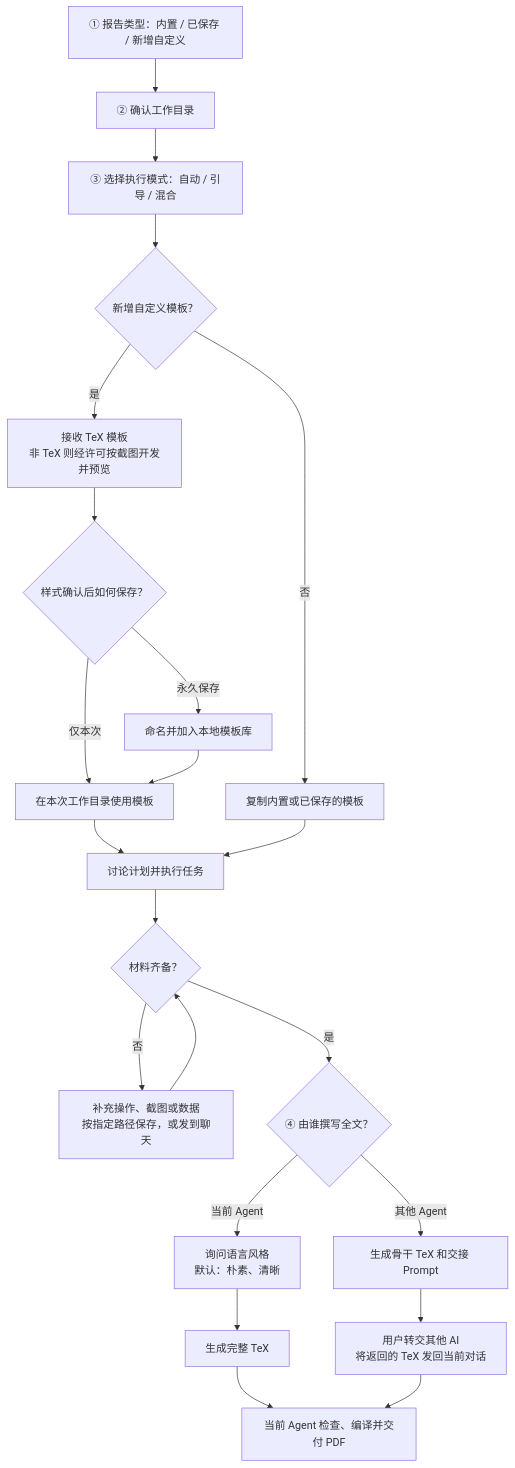
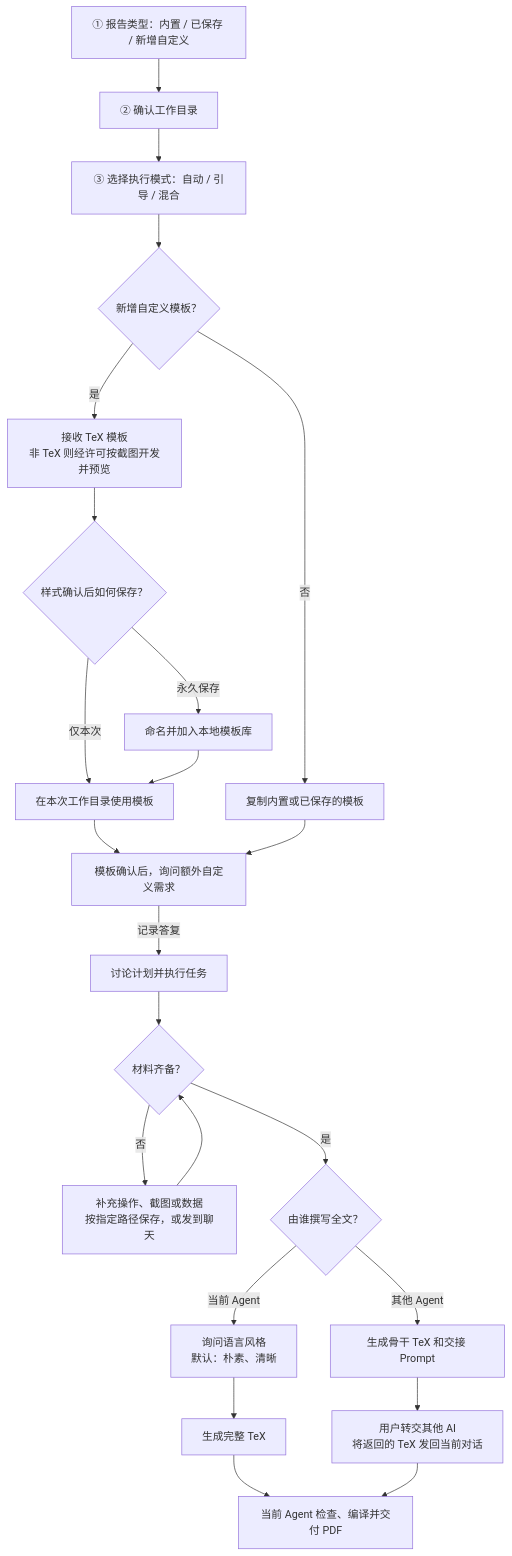
Before and after one commit to Hanggoash/report-template: the diagram in README.md, drawn with Mermaid. The commit also changed other lines of this file and 1 other file, not shown here.

Commit message:
Ask for additional requirements before task execution

````diff
--- a/README.md
+++ b/README.md
@@ -56,24 +56,25 @@
 ```mermaid
 flowchart TD
     Q1["① 报告类型：内置 / 已保存 / 新增自定义"] --> Q2["② 确认工作目录"]
     Q2 --> Q3["③ 选择执行模式：自动 / 引导 / 混合"]
     Q3 --> T{"新增自定义模板？"}
     T -->|是| R["接收 TeX 模板<br/>非 TeX 则经许可按截图开发并预览"]
     R --> K{"样式确认后如何保存？"}
     K -->|仅本次| C["在本次工作目录使用模板"]
     K -->|永久保存| L["命名并加入本地模板库"]
     L --> C
     T -->|否| B["复制内置或已保存的模板"]
-    C --> P["讨论计划并执行任务"]
-    B --> P
+    C --> X["模板确认后，询问额外自定义需求"]
+    B --> X
+    X -->|记录答复| P["讨论计划并执行任务"]
     P --> M{"材料齐备？"}
     M -->|否| E["补充操作、截图或数据<br/>按指定路径保存，或发到聊天"]
     E --> M
-    M -->|是| Q4{"④ 由谁撰写全文？"}
+    M -->|是| Q4{"由谁撰写全文？"}
     Q4 -->|当前 Agent| S["询问语言风格<br/>默认：朴素、清晰"]
     S --> W["生成完整 TeX"]
     Q4 -->|其他 Agent| H["生成骨干 TeX 和交接 Prompt"]
     H --> U["用户转交其他 AI<br/>将返回的 TeX 发回当前对话"]
     W --> F["当前 Agent 检查、编译并交付 PDF"]
     U --> F
 ```
````
